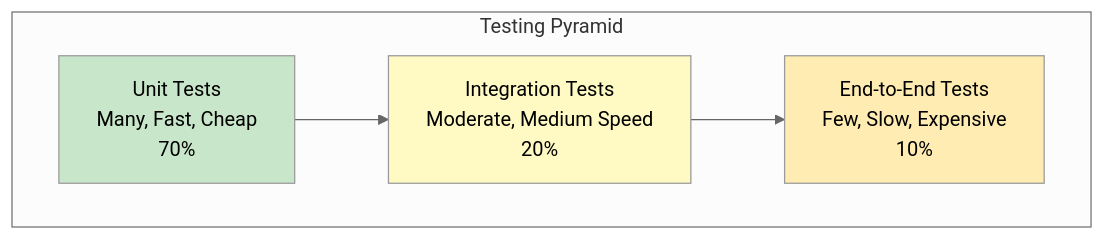
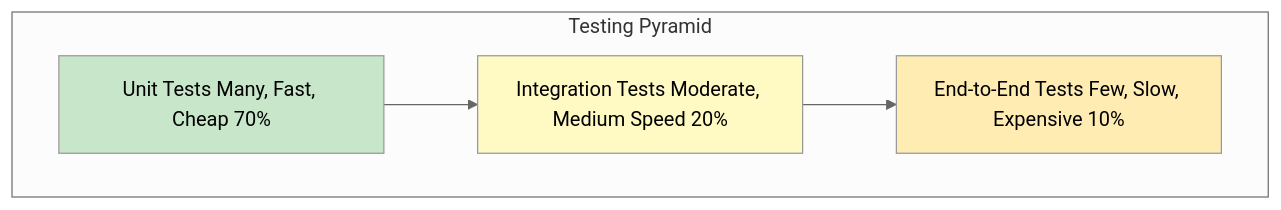
One commit to softwarewrighter/ui-test-rs changed the tenth of 15 diagrams in wiki/Testing-Strategy.md. Above: the diagram before and after it, drawn with Mermaid (neutral theme). The commit also changed other lines of this file and 10 other files, not shown here.

First line of the commit message:
Fix wiki Mermaid diagrams: remove <br/> tags

````diff
--- a/wiki/Testing-Strategy.md
+++ b/wiki/Testing-Strategy.md
@@ -399,15 +399,15 @@
 ```mermaid
 graph TB
     subgraph Pyramid["Testing Pyramid"]
-        E2E[End-to-End Tests<br/>Few, Slow, Expensive<br/>10%]
-        Integration[Integration Tests<br/>Moderate, Medium Speed<br/>20%]
-        Unit[Unit Tests<br/>Many, Fast, Cheap<br/>70%]
+        E2E[End-to-End Tests Few, Slow, Expensive 10%]
+        Integration[Integration Tests Moderate, Medium Speed 20%]
+        Unit[Unit Tests Many, Fast, Cheap 70%]
     end
 
     Unit --> Integration
     Integration --> E2E
 
     style Unit fill:#c8e6c9
     style Integration fill:#fff9c4
     style E2E fill:#ffecb3
 ```
````
